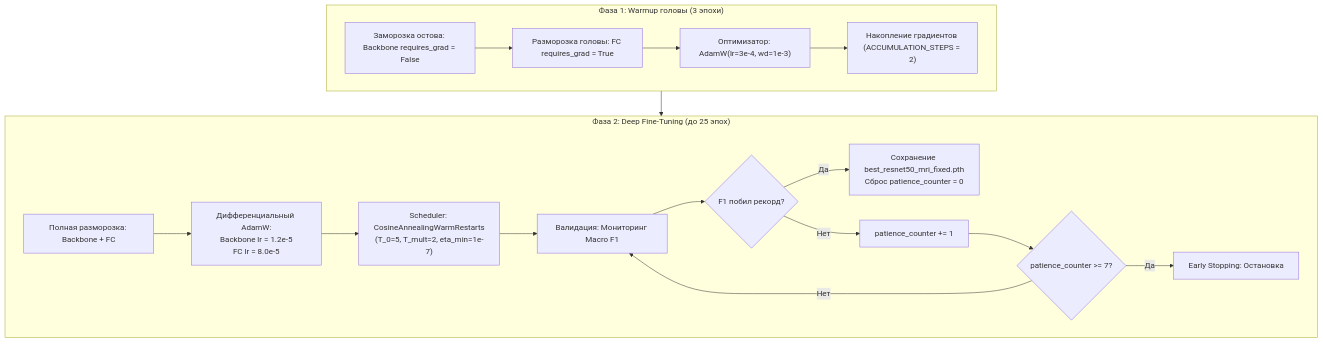
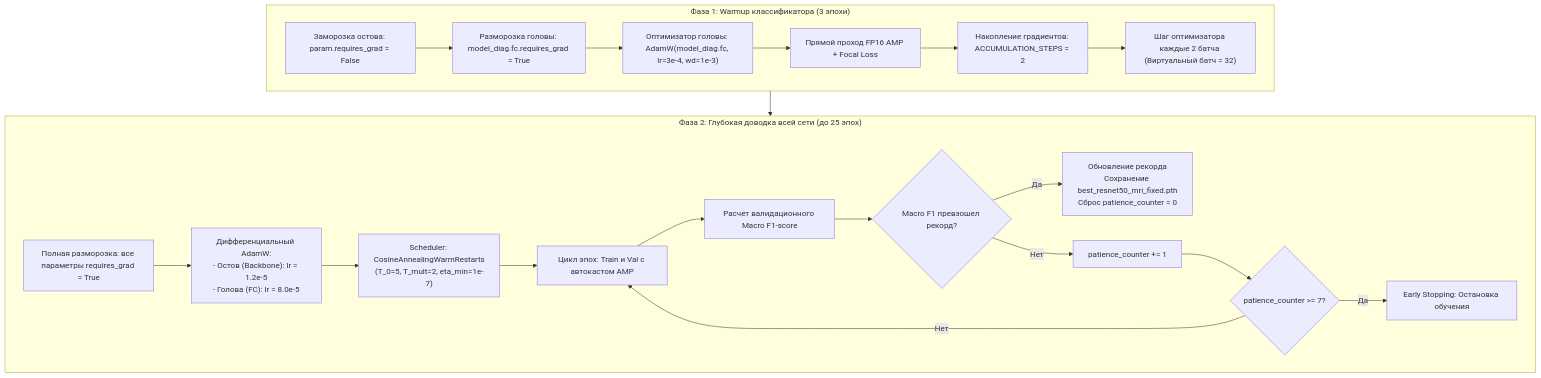
Before and after one commit to marklemesev-spec/mri-brain-tumors: the sixth of 7 diagrams in README.md, drawn with Mermaid. The commit also changed other lines of this file, not shown here.

````diff
--- a/README.md
+++ b/README.md
@@ -227,22 +261,25 @@
 ```mermaid
 flowchart TD
-    subgraph Phase1["Фаза 1: Warmup головы (3 эпохи)"]
-        A1["Заморозка остова: Backbone requires_grad = False"] --> A2["Разморозка головы: FC requires_grad = True"]
-        A2 --> A3["Оптимизатор: AdamW(lr=3e-4, wd=1e-3)"]
-        A3 --> A4["Накопление градиентов (ACCUMULATION_STEPS = 2)"]
+    subgraph Phase1["Фаза 1: Warmup классификатора (3 эпохи)"]
+        P1_A["Заморозка остова: param.requires_grad = False"] --> P1_B["Разморозка головы: model_diag.fc.requires_grad = True"]
+        P1_B --> P1_C["Оптимизатор головы: AdamW(model_diag.fc, lr=3e-4, wd=1e-3)"]
+        P1_C --> P1_D["Прямой проход FP16 AMP + Focal Loss"]
+        P1_D --> P1_E["Накопление градиентов: ACCUMULATION_STEPS = 2"]
+        P1_E --> P1_F["Шаг оптимизатора каждые 2 батча (Виртуальный батч = 32)"]
     end
 
-    subgraph Phase2["Фаза 2: Deep Fine-Tuning (до 25 эпох)"]
-        B1["Полная разморозка: Backbone + FC"] --> B2["Дифференциальный AdamW:<br/>Backbone lr = 1.2e-5<br/>FC lr = 8.0e-5"]
-        B2 --> B3["Scheduler: CosineAnnealingWarmRestarts<br/>(T_0=5, T_mult=2, eta_min=1e-7)"]
-        B3 --> B4["Валидация: Мониторинг Macro F1"]
-        B4 --> B5{"F1 побил рекорд?"}
-        B5 -->|Да| B6["Сохранение best_resnet50_mri_fixed.pth<br/>Сброс patience_counter = 0"]
-        B5 -->|Нет| B7["patience_counter += 1"]
-        B7 --> B8{"patience_counter >= 7?"}
-        B8 -->|Да| B9["Early Stopping: Остановка"]
-        B8 -->|Нет| B4
+    subgraph Phase2["Фаза 2: Глубокая доводка всей сети (до 25 эпох)"]
+        P2_A["Полная разморозка: все параметры requires_grad = True"] --> P2_B["Дифференциальный AdamW:<br/>- Остов (Backbone): lr = 1.2e-5<br/>- Голова (FC): lr = 8.0e-5"]
+        P2_B --> P2_C["Scheduler: CosineAnnealingWarmRestarts<br/>(T_0=5, T_mult=2, eta_min=1e-7)"]
+        P2_C --> P2_D["Цикл эпох: Train и Val с автокастом AMP"]
+        P2_D --> P2_E["Расчет валидационного Macro F1-score"]
+        P2_E --> P2_F{"Macro F1 превзошел рекорд?"}
+        P2_F -->|Да| P2_G["Обновление рекорда<br/>Сохранение best_resnet50_mri_fixed.pth<br/>Сброс patience_counter = 0"]
+        P2_F -->|Нет| P2_H["patience_counter += 1"]
+        P2_H --> P2_I{"patience_counter >= 7?"}
+        P2_I -->|Да| P2_J["Early Stopping: Остановка обучения"]
+        P2_I -->|Нет| P2_D
     end
 
     Phase1 --> Phase2
 ```
````
